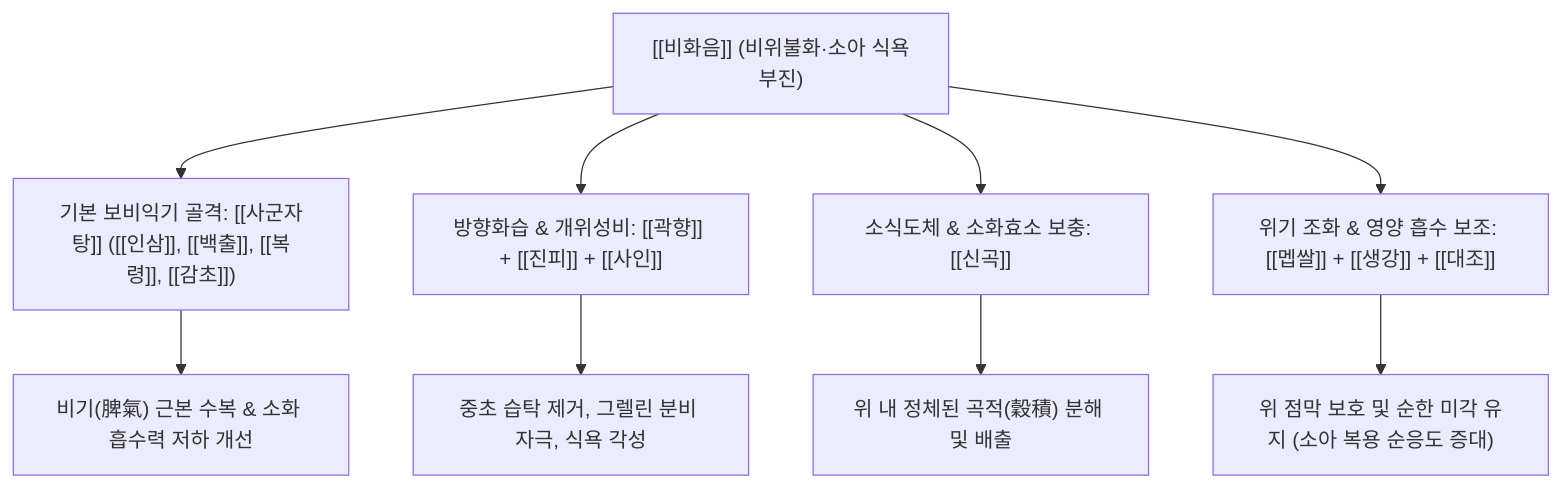
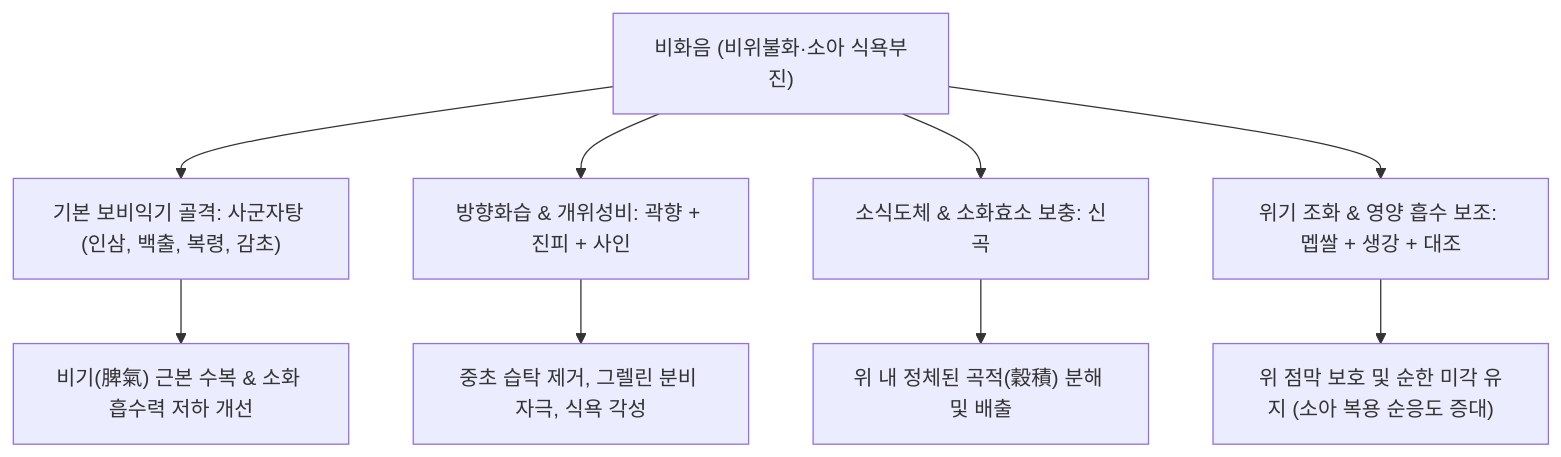
One commit to simbio11/simbio-digital-garden2 changed the diagram in content/2. 약리 공부/처방/03_화담·거습·이수제/비화음.md. Above: the diagram before and after it, drawn with Mermaid. The commit also changed other lines of this file and 323 other files, not shown here.

````diff
--- a/content/2. 약리 공부/처방/03_화담·거습·이수제/비화음.md
+++ b/content/2. 약리 공부/처방/03_화담·거습·이수제/비화음.md
@@ -51,12 +53,12 @@
 ```mermaid
 graph TD
-    A["[[비화음]] (비위불화·소아 식욕부진)"] --> B["기본 보비익기 골격: [[사군자탕]] ([[인삼]], [[백출]], [[복령]], [[감초]])"]
-    A --> C["방향화습 & 개위성비: [[곽향]] + [[진피]] + [[사인]]"]
-    A --> D["소식도체 & 소화효소 보충: [[신곡]]"]
-    A --> E["위기 조화 & 영양 흡수 보조: [[멥쌀]] + [[생강]] + [[대조]]"]
+    A["비화음 (비위불화·소아 식욕부진)"] --> B["기본 보비익기 골격: 사군자탕 (인삼, 백출, 복령, 감초)"]
+    A --> C["방향화습 & 개위성비: 곽향 + 진피 + 사인"]
+    A --> D["소식도체 & 소화효소 보충: 신곡"]
+    A --> E["위기 조화 & 영양 흡수 보조: 멥쌀 + 생강 + 대조"]
 
     B --> F["비기(脾氣) 근본 수복 & 소화 흡수력 저하 개선"]
     C --> G["중초 습탁 제거, 그렐린 분비 자극, 식욕 각성"]
     D --> H["위 내 정체된 곡적(穀積) 분해 및 배출"]
     E --> I["위 점막 보호 및 순한 미각 유지 (소아 복용 순응도 증대)"]
 ```
````
